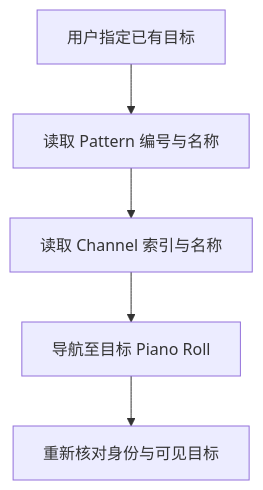
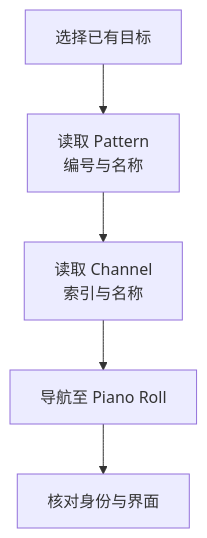
Before and after one commit to ryurikoneko/DAWLoop: the second of 5 diagrams in README.md, drawn with Mermaid. The commit also changed other lines of this file and 7 other files, not shown here.

Commit message:
docs(readme): clarify live test scope and simplify narrow-screen diagrams

````diff
--- a/README.md
+++ b/README.md
@@ -78,7 +76,7 @@
 ```mermaid
 flowchart TD
-    A[用户指定已有目标] --> B[读取 Pattern 编号与名称]
-    B --> C[读取 Channel 索引与名称]
-    C --> D[导航至目标 Piano Roll]
-    D --> E[重新核对身份与可见目标]
+    A[选择已有目标] --> B[读取 Pattern<br/>编号与名称]
+    B --> C[读取 Channel<br/>索引与名称]
+    C --> D[导航至 Piano Roll]
+    D --> E[核对身份与界面]
 ```
````
